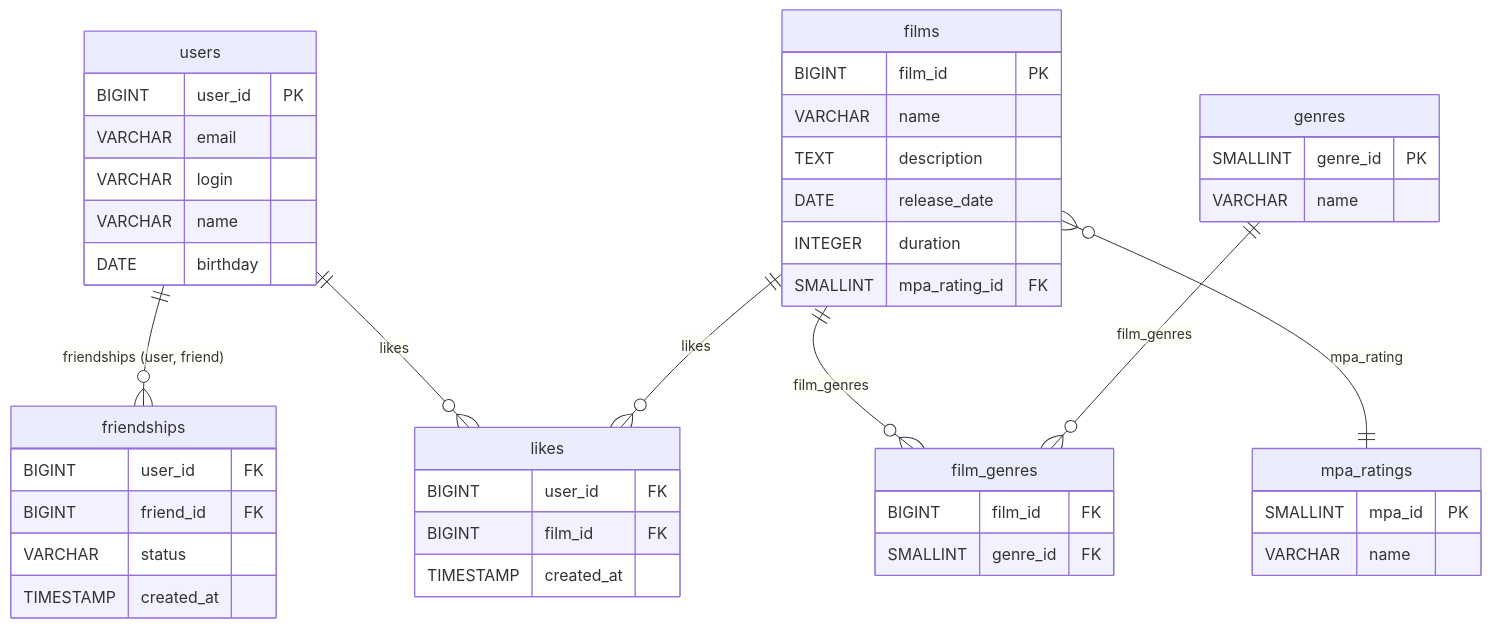
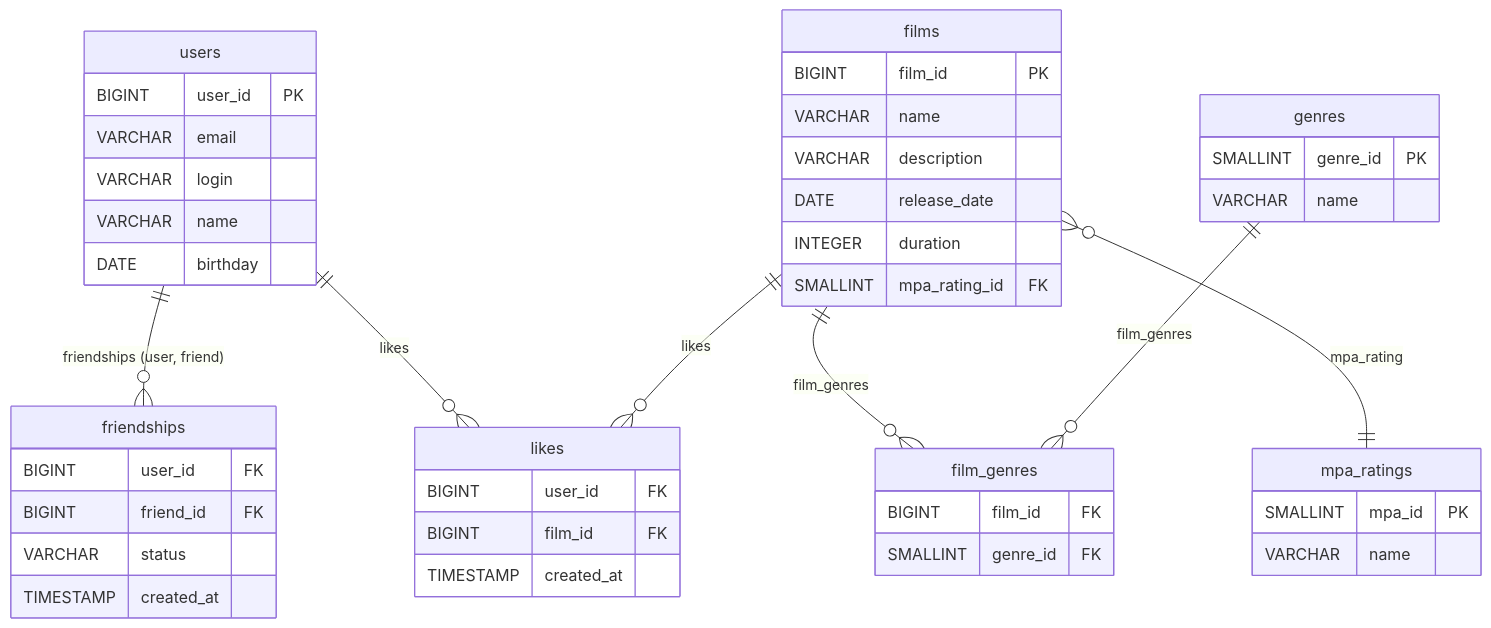
Before and after one commit to impatient0/java-filmorate: the diagram in README.md, drawn with Mermaid. The commit also changed 2 other files, not shown here.

Commit message:
update schema constraints

````diff
--- a/README.md
+++ b/README.md
@@ -8,54 +8,54 @@
 ```mermaid
 erDiagram
     users {
         BIGINT user_id PK
         VARCHAR email
         VARCHAR login
         VARCHAR name
         DATE birthday
     }
 
     films {
         BIGINT film_id PK
         VARCHAR name
-        TEXT description
+        VARCHAR description
         DATE release_date
         INTEGER duration
         SMALLINT mpa_rating_id FK
     }
 
     mpa_ratings {
         SMALLINT mpa_id PK
         VARCHAR name
     }
 
     genres {
         SMALLINT genre_id PK
         VARCHAR name
     }
 
     film_genres {
         BIGINT film_id FK
         SMALLINT genre_id FK
     }
 
     friendships {
         BIGINT user_id FK
         BIGINT friend_id FK
         VARCHAR status
         TIMESTAMP created_at
     }
 
     likes {
         BIGINT user_id FK
         BIGINT film_id FK
         TIMESTAMP created_at
     }
 
     users ||--o{ friendships : "friendships (user, friend)"
     users ||--o{ likes : "likes"
     films ||--o{ likes : "likes"
     films ||--o{ film_genres : "film_genres"
     genres ||--o{ film_genres : "film_genres"
     films }o--|| mpa_ratings : "mpa_rating"
 ```
````
